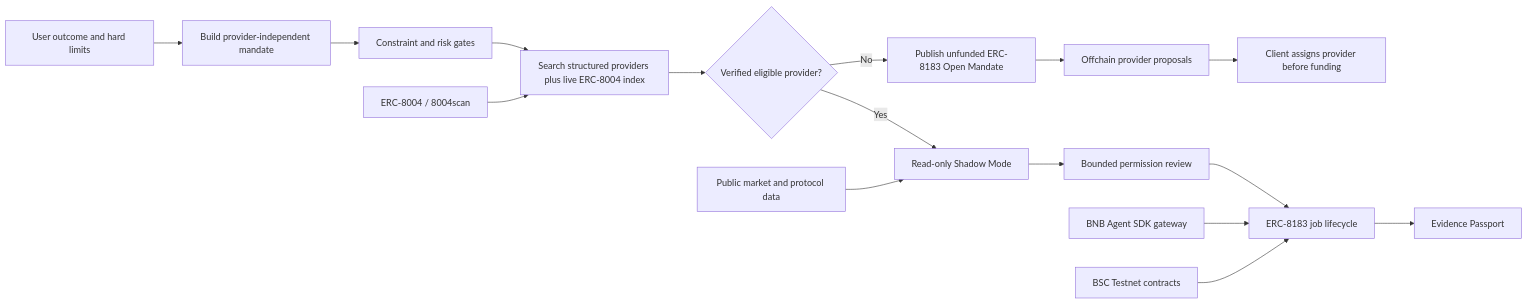
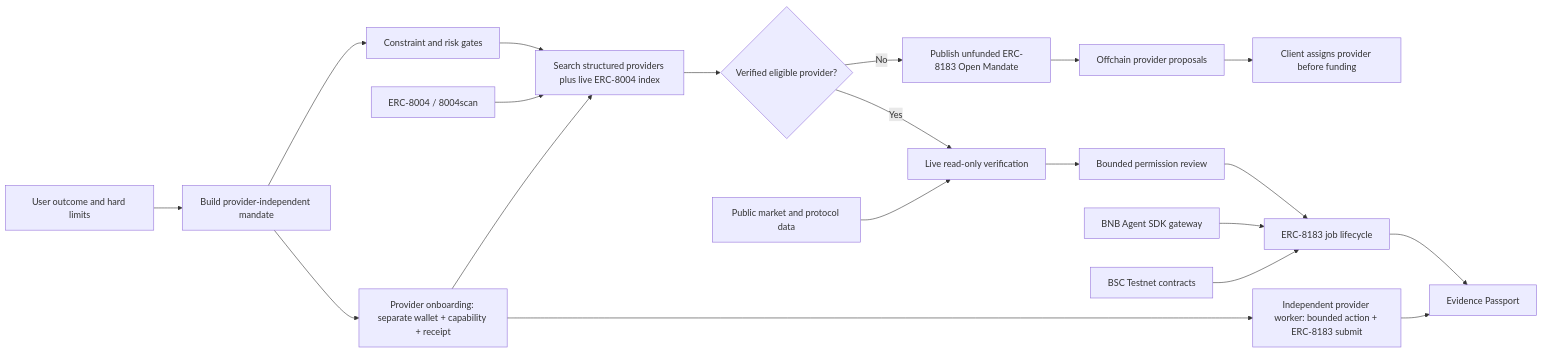
Before and after one commit to KaiVenn52/mandate-bnb-agent: the diagram in docs/architecture.md, drawn with Mermaid. The commit also changed other lines of this file and 57 other files, not shown here.

````diff
--- a/docs/architecture.md
+++ b/docs/architecture.md
@@ -5,19 +5,23 @@
 ```mermaid
 flowchart LR
   U[User outcome and hard limits] --> P[Build provider-independent mandate]
   P --> G[Constraint and risk gates]
   G --> D[Search structured providers plus live ERC-8004 index]
   D --> R{Verified eligible provider?}
-  R -->|Yes| S[Read-only Shadow Mode]
+  R -->|Yes| S[Live read-only verification]
   R -->|No| O[Publish unfunded ERC-8183 Open Mandate]
   O --> Q[Offchain provider proposals]
   Q --> V[Client assigns provider before funding]
   S --> A[Bounded permission review]
   A --> J[ERC-8183 job lifecycle]
   J --> E[Evidence Passport]
 
   I[ERC-8004 / 8004scan] --> D
   M[Public market and protocol data] --> S
   B[BNB Agent SDK gateway] --> J
   C[BSC Testnet contracts] --> J
+  P --> N[Provider onboarding: separate wallet + capability + receipt]
+  N --> D
+  N --> W[Independent provider worker: bounded action + ERC-8183 submit]
+  W --> E
 ```
````
